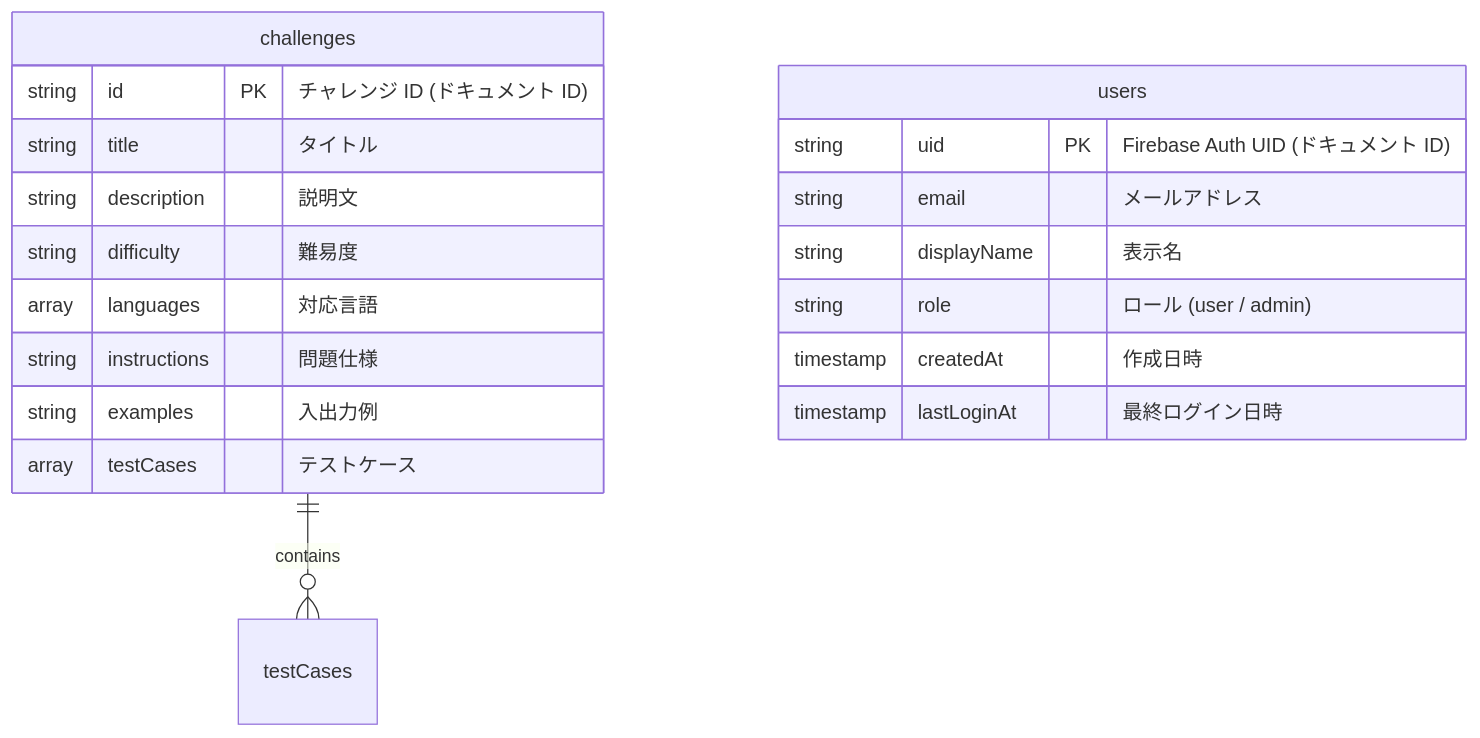
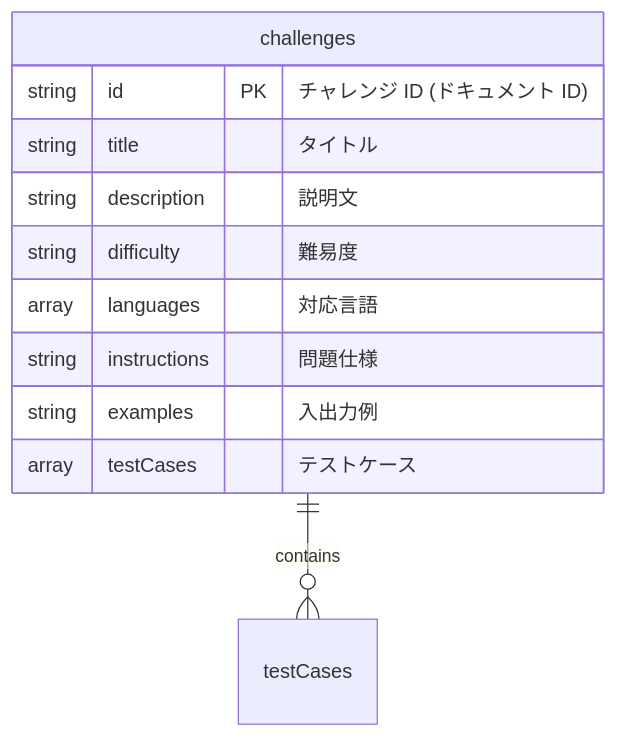
One commit to matsuda-tkm/debug-master changed the second of 3 diagrams in docs-new/infrastructure.md. Above: the diagram before and after it, drawn with Mermaid. The commit also changed other lines of this file and 6 other files, not shown here.

Commit message:
docs: Update architecture, security, and migration documentation to reflect the transition from Firebase Authentication to Basic Authentication with user and admin roles, and remove references to the users collection in Firestore.

````diff
--- a/docs-new/infrastructure.md
+++ b/docs-new/infrastructure.md
@@ -116,24 +113,15 @@
 ```mermaid
 erDiagram
     challenges {
         string id PK "チャレンジ ID (ドキュメント ID)"
         string title "タイトル"
         string description "説明文"
         string difficulty "難易度"
         array languages "対応言語"
         string instructions "問題仕様"
         string examples "入出力例"
         array testCases "テストケース"
     }
 
-    users {
-        string uid PK "Firebase Auth UID (ドキュメント ID)"
-        string email "メールアドレス"
-        string displayName "表示名"
-        string role "ロール (user / admin)"
-        timestamp createdAt "作成日時"
-        timestamp lastLoginAt "最終ログイン日時"
-    }
-
     challenges ||--o{ testCases : "contains"
 ```
````
